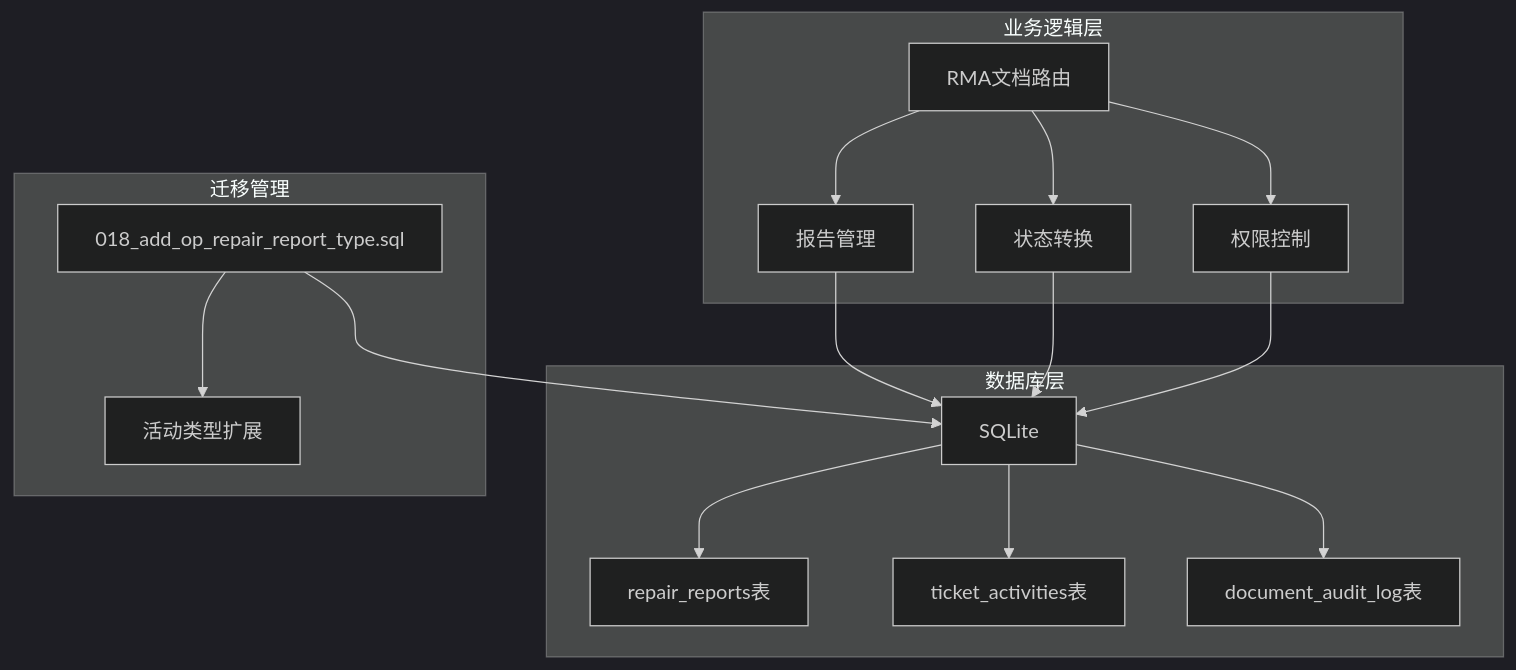
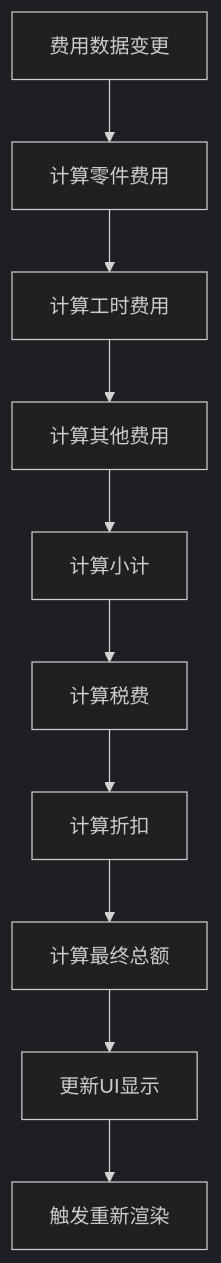
Diagram 24 of 40 in .qoder/repowiki/zh/content/Repair Report Editor Component.md (CubeEdge/Longhorn), drawn with Mermaid (dark theme) before and after one commit. The commit also changed other lines of this file and 53 other files, not shown here.

````diff
--- a/.qoder/repowiki/zh/content/Repair Report Editor Component.md
+++ b/.qoder/repowiki/zh/content/Repair Report Editor Component.md
@@ -365,20 +821,12 @@
 ```mermaid
-graph TB
-subgraph "数据库层"
-A[SQLite] --> B[repair_reports表]
-A --> C[ticket_activities表]
-A --> D[document_audit_log表]
-end
-subgraph "业务逻辑层"
-E[RMA文档路由] --> F[报告管理]
-E --> G[状态转换]
-E --> H[权限控制]
-end
-subgraph "迁移管理"
-I[018_add_op_repair_report_type.sql] --> J[活动类型扩展]
-end
-F --> A
-G --> A
-H --> A
-I --> A
+flowchart TD
+A[费用数据变更] --> B[计算零件费用]
+B --> C[计算工时费用]
+C --> D[计算其他费用]
+D --> E[计算小计]
+E --> F[计算税费]
+F --> G[计算折扣]
+G --> H[计算最终总额]
+H --> I[更新UI显示]
+I --> J[触发重新渲染]
 ```
````
